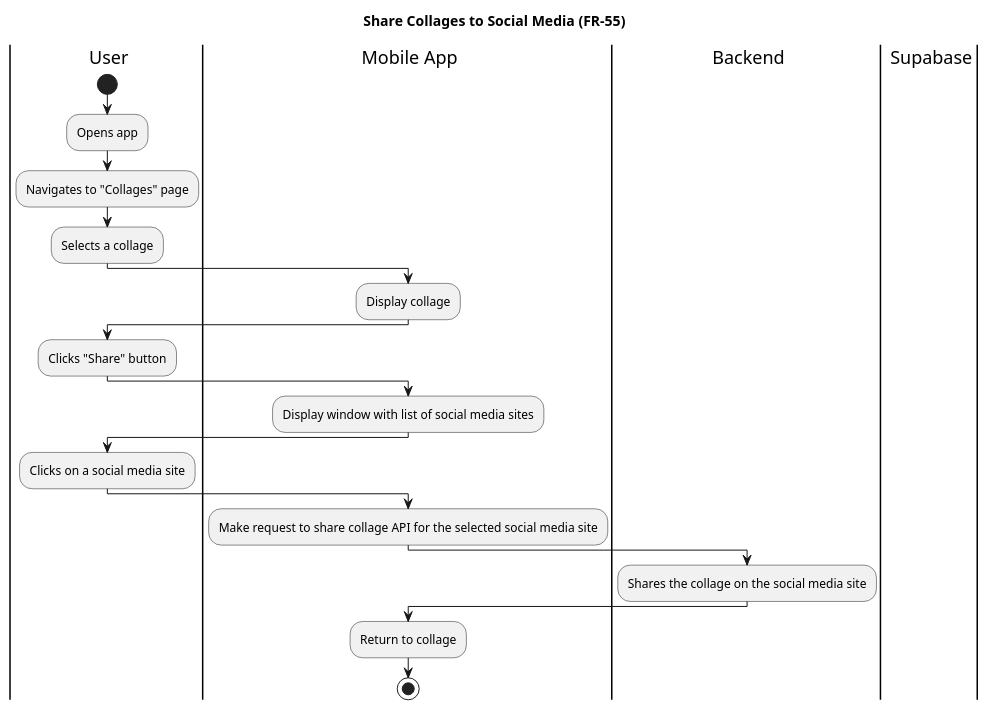
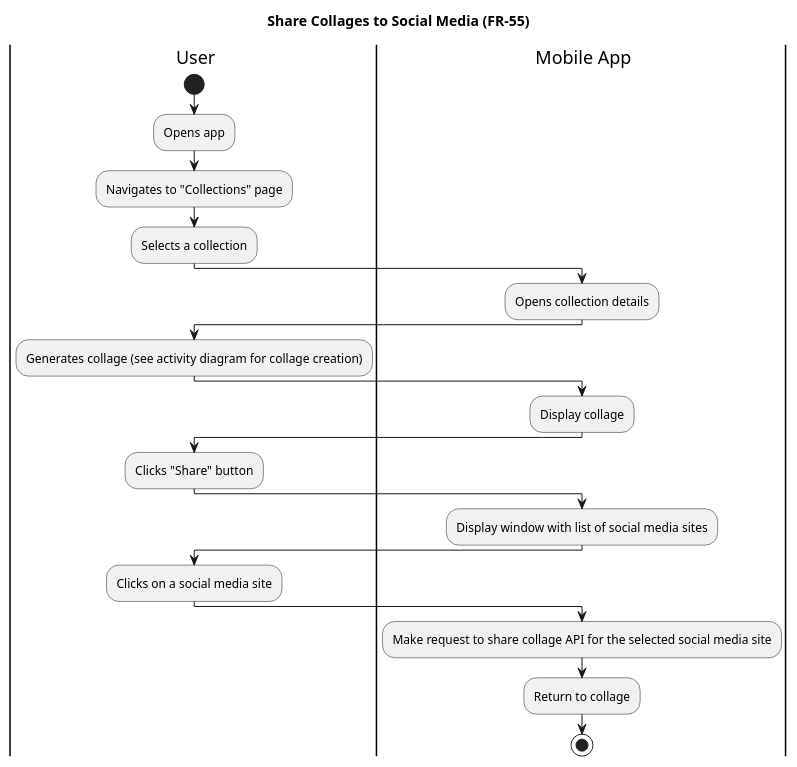
Before and after one commit to owencooke/memento: the diagram in docs/activity/social-media-integration-collage.puml, drawn with PlantUML.

Commit message:
Update soc media integration collage

```diff
--- a/docs/activity/social-media-integration-collage.puml
+++ b/docs/activity/social-media-integration-collage.puml
@@ -1,37 +1,36 @@
 @startuml
 title Share Collages to Social Media (FR-55)
 
 |user| User
 |mobile| Mobile App
-|backend| Backend
-|db| Supabase
 
 |user|
 start
 :Opens app;
-:Navigates to "Collages" page;
-:Selects a collage;
+:Navigates to "Collections" page;
+:Selects a collection;
+
+|mobile|
+:Opens collection details;
+
+|user|
+:Generates collage (see activity diagram for collage creation);
 
 |mobile|
 :Display collage;
 
 |user|
 :Clicks "Share" button;
 
 |mobile|
 :Display window with list of social media sites;
 
 |user|
 :Clicks on a social media site;
 
 |mobile|
 :Make request to share collage API for the selected social media site;
-
-|backend|
-:Shares the collage on the social media site;
-
-|mobile|
 :Return to collage;
 
 stop
 @enduml
```
